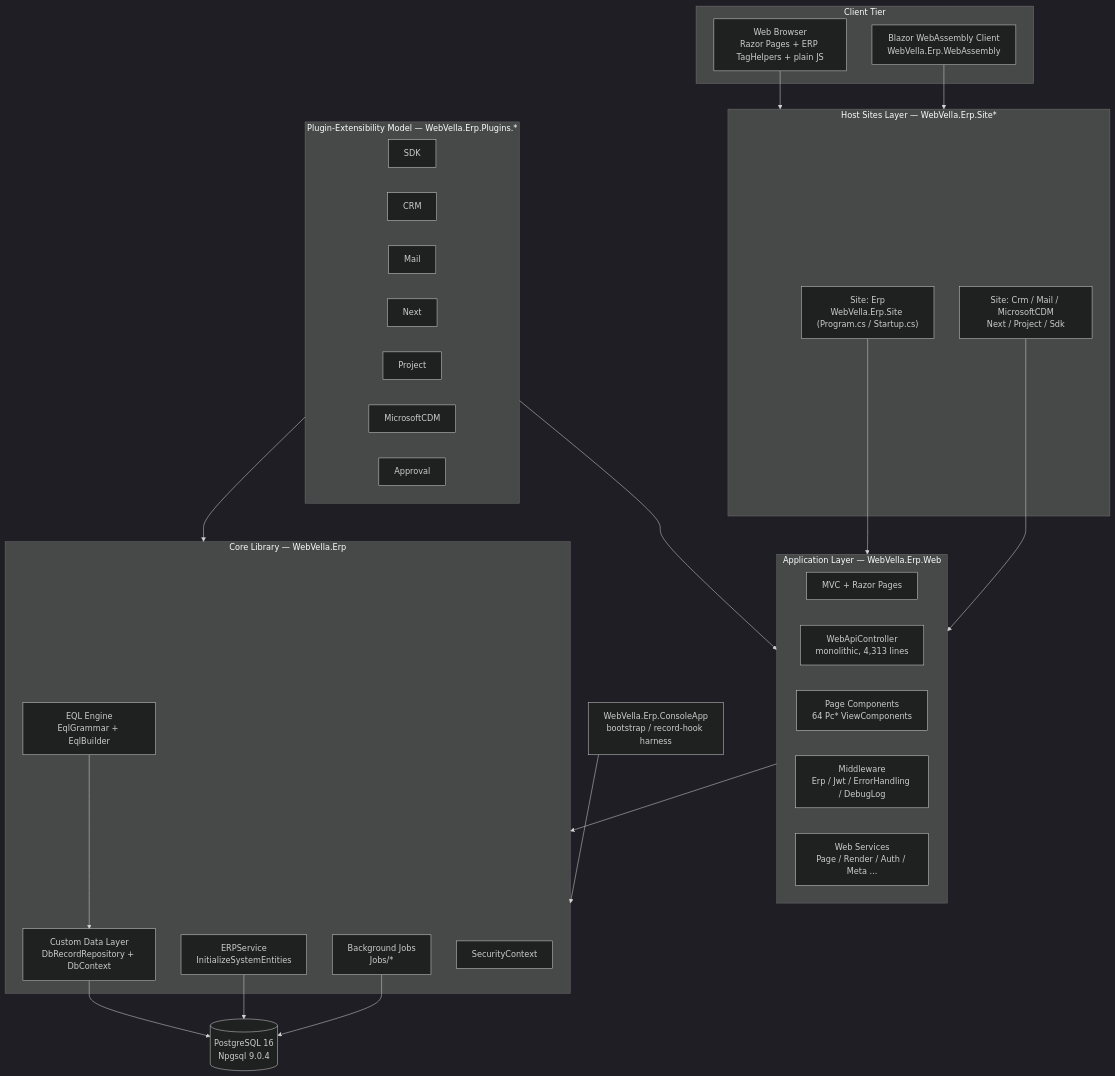
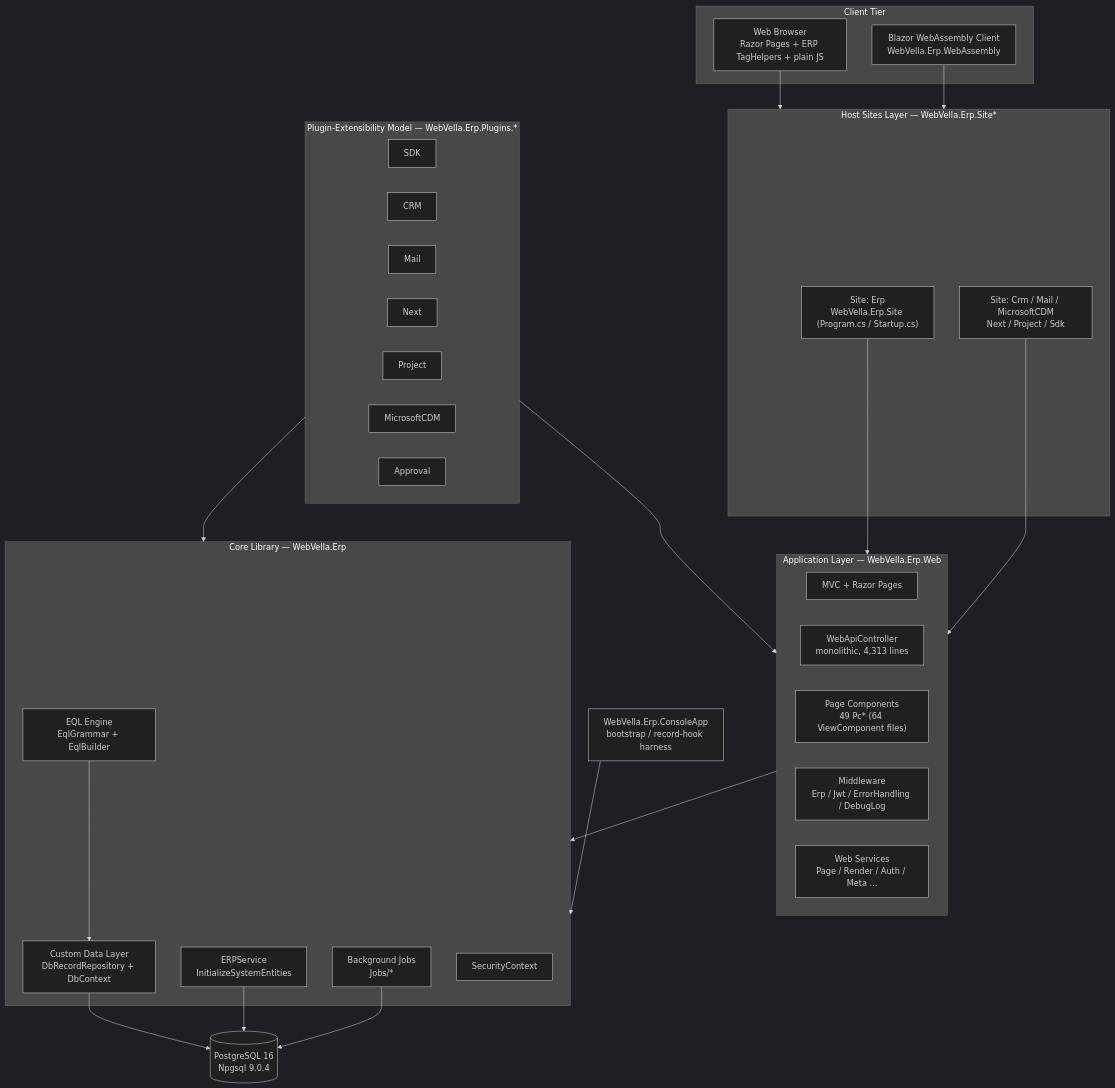
Before and after one commit to blitzy-public-samples/blitzy-WebVella-ERP: the first of 6 diagrams in docs/reverse-engineering/architecture.md, drawn with Mermaid (dark theme). The commit also changed other lines of this file, not shown here.

First line of the commit message:
docs(reverse-engineering): fix 2 MINOR factual-accuracy findings in architecture.md (QA-C)

````diff
--- a/docs/reverse-engineering/architecture.md
+++ b/docs/reverse-engineering/architecture.md
@@ -136,54 +136,54 @@
 ```mermaid
 flowchart TB
     subgraph ClientTier["Client Tier"]
         BROWSER["Web Browser<br/>Razor Pages + ERP TagHelpers + plain JS"]
         WASM["Blazor WebAssembly Client<br/>WebVella.Erp.WebAssembly"]
     end
 
     subgraph SitesLayer["Host Sites Layer — WebVella.Erp.Site*"]
         SITE_ERP["Site: Erp<br/>WebVella.Erp.Site (Program.cs / Startup.cs)"]
         SITE_OTHERS["Site: Crm / Mail / MicrosoftCDM<br/>Next / Project / Sdk"]
     end
 
     subgraph WebLayer["Application Layer — WebVella.Erp.Web"]
         MVC["MVC + Razor Pages"]
         API["WebApiController<br/>monolithic, 4,313 lines"]
-        COMP["Page Components<br/>64 Pc* ViewComponents"]
+        COMP["Page Components<br/>49 Pc* (64 ViewComponent files)"]
         MW["Middleware<br/>Erp / Jwt / ErrorHandling / DebugLog"]
         WSVC["Web Services<br/>Page / Render / Auth / Meta ..."]
     end
 
     subgraph CoreLayer["Core Library — WebVella.Erp"]
         ERPSVC["ERPService<br/>InitializeSystemEntities"]
         EQL["EQL Engine<br/>EqlGrammar + EqlBuilder"]
         DAL["Custom Data Layer<br/>DbRecordRepository + DbContext"]
         JOBS["Background Jobs<br/>Jobs/*"]
         SEC["SecurityContext"]
     end
 
     subgraph PluginLayer["Plugin-Extensibility Model — WebVella.Erp.Plugins.*"]
         P_SDK["SDK"]
         P_CRM["CRM"]
         P_MAIL["Mail"]
         P_NEXT["Next"]
         P_PROJ["Project"]
         P_CDM["MicrosoftCDM"]
         P_APPR["Approval"]
     end
 
     DB[("PostgreSQL 16<br/>Npgsql 9.0.4")]
     CONSOLE["WebVella.Erp.ConsoleApp<br/>bootstrap / record-hook harness"]
 
     BROWSER --> SitesLayer
     WASM --> SitesLayer
     SITE_ERP --> WebLayer
     SITE_OTHERS --> WebLayer
     WebLayer --> CoreLayer
     PluginLayer --> WebLayer
     PluginLayer --> CoreLayer
     EQL --> DAL
     DAL --> DB
     ERPSVC --> DB
     JOBS --> DB
     CONSOLE --> CoreLayer
 ```
````
